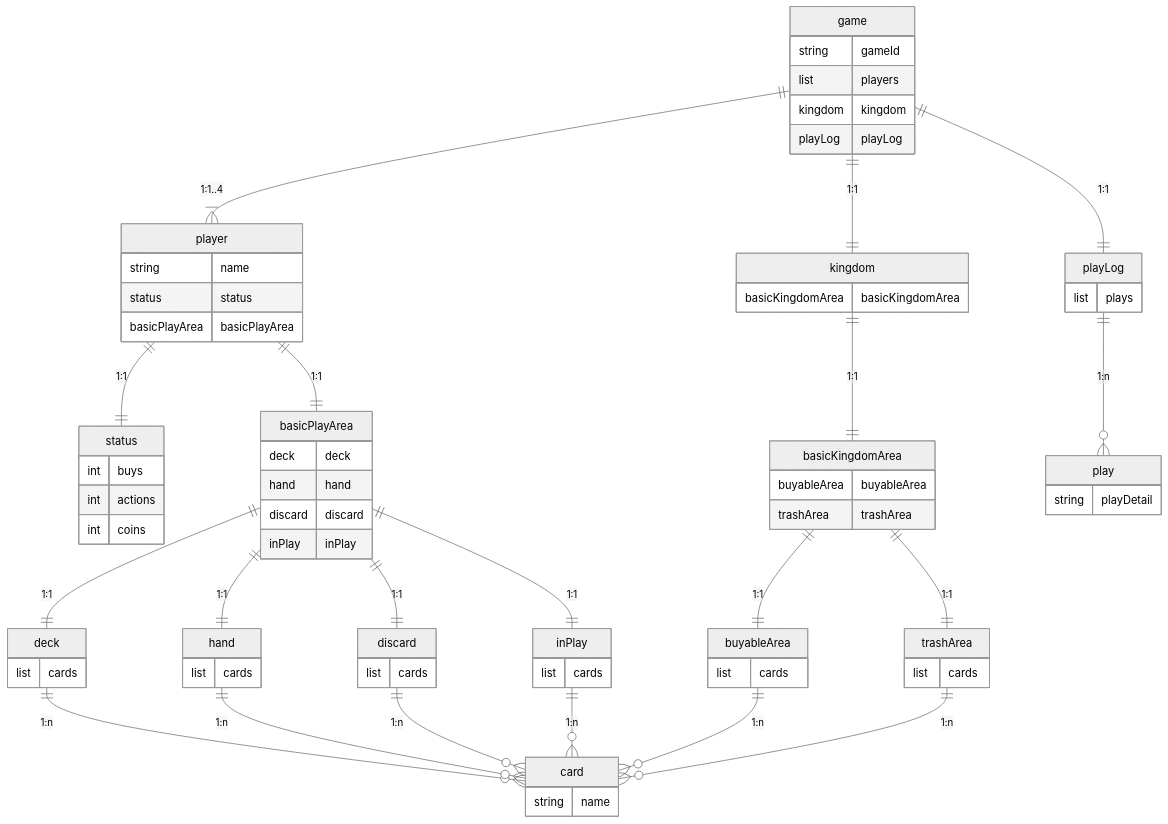
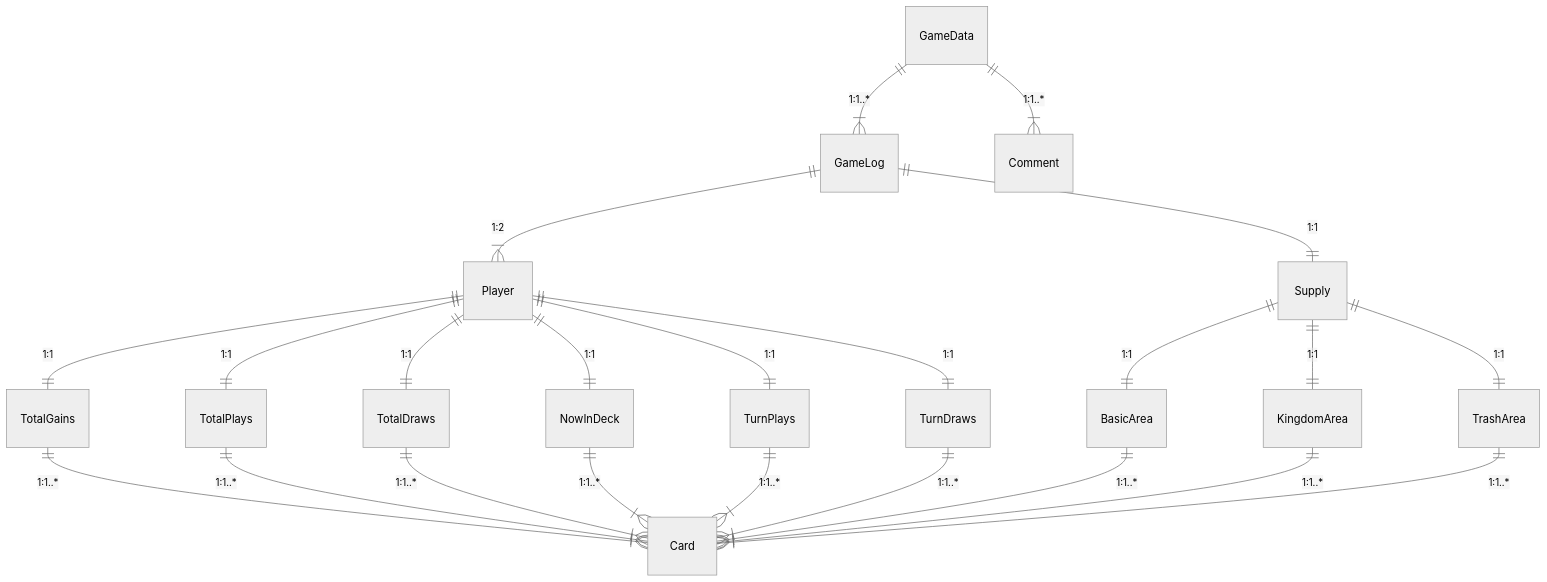
The diagram in doc/モデル設計/Basic.md (ketman55/DominionKifu), drawn with Mermaid (neutral theme) before and after one commit. The commit also changed 12 other files, not shown here.

````diff
--- a/doc/モデル設計/Basic.md
+++ b/doc/モデル設計/Basic.md
@@ -3,102 +3,32 @@
 ```mermaid
 
 erDiagram
-game ||--|{player: "1:1..4"
-game ||--||kingdom: "1:1"
-game ||--||playLog: "1:1"
+GameData ||--|{GameLog: "1:1..*"
+GameData ||--|{Comment: "1:1..*"
 
-player ||--||status: "1:1"
-player ||--||basicPlayArea: "1:1"
+GameLog ||--|{ Player: "1:2"
+GameLog ||--|| Supply: "1:1"
 
-playLog ||--o{play: "1:n"
+Player ||--|| NowInDeck: "1:1"
+Player ||--|| TurnPlays: "1:1"
+Player ||--|| TurnDraws: "1:1"
+Player ||--|| TotalGains: "1:1"
+Player ||--|| TotalPlays: "1:1"
+Player ||--|| TotalDraws: "1:1"
 
-basicPlayArea ||--||deck: "1:1"
-basicPlayArea ||--||hand: "1:1"
-basicPlayArea ||--||discard:"1:1"
-basicPlayArea ||--||inPlay: "1:1"
+TotalGains ||--|{Card: "1:1..*"
+TotalPlays ||--|{Card: "1:1..*"
+TotalDraws ||--|{Card: "1:1..*"
+NowInDeck ||--|{Card: "1:1..*"
+TurnPlays ||--|{Card: "1:1..*"
+TurnDraws ||--|{Card: "1:1..*"
 
-kingdom ||--||basicKingdomArea: "1:1"
+Supply ||--|| BasicArea: "1:1"
+Supply ||--|| KingdomArea: "1:1"
+Supply ||--|| TrashArea: "1:1"
 
-basicKingdomArea ||--||buyableArea: "1:1"
-basicKingdomArea ||--||trashArea: "1:1"
-
-buyableArea ||--o{card: "1:n"
-trashArea ||--o{card: "1:n"
-
-deck ||--o{card: "1:n"
-hand ||--o{card: "1:n"
-discard ||--o{card: "1:n"
-inPlay ||--o{card: "1:n"
-
-game {
-  string gameId
-  list players
-  kingdom kingdom
-  playLog playLog
-}
-
-player {
-  string name
-  status status
-  basicPlayArea basicPlayArea
-}
-
-kingdom {
-  basicKingdomArea basicKingdomArea
-}
-
-status {
- int buys
- int actions
- int coins
-}
-
-basicPlayArea {
-  deck deck
-  hand hand
-  discard discard
-  inPlay inPlay
-}
-
-playLog {
-  list plays
-}
-
-play {
-  string playDetail
-}
-
-basicKingdomArea {
-  buyableArea buyableArea
-  trashArea trashArea
-}
-
-buyableArea {
-  list cards
-}
-
-trashArea {
-  list cards
-}
-
-deck {
-  list cards
-}
-
-hand {
-  list cards
-}
-
-discard {
-  list cards
-}
-
-inPlay {
-  list cards
-}
-
-card {
-  string name
-}
+BasicArea ||--|{Card: "1:1..*"
+KingdomArea ||--|{Card: "1:1..*"
+TrashArea ||--|{Card: "1:1..*"
 
 ```
````
